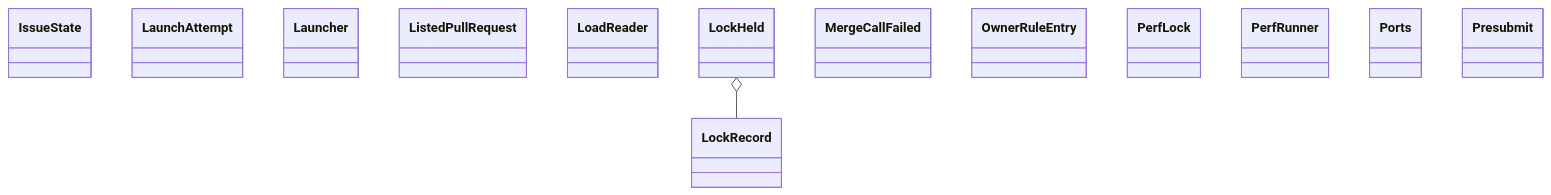
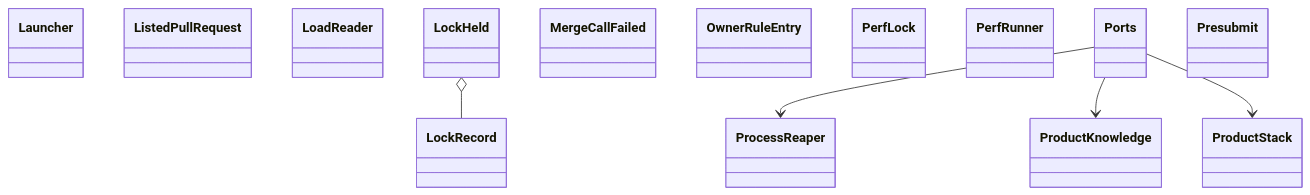
The diagram in docs/architecture/generated/classes-process-application-support-3.md (GonzaloZevallos/agentic-system), drawn with Mermaid before and after one commit. The commit also changed other lines of this file and 6 other files, not shown here.

````diff
--- a/docs/architecture/generated/classes-process-application-support-3.md
+++ b/docs/architecture/generated/classes-process-application-support-3.md
@@ -16,17 +16,21 @@
 ```mermaid
 classDiagram
-    class ports__IssueState["IssueState"]
-    class ports__LaunchAttempt["LaunchAttempt"]
     class ports__Launcher["Launcher"]
     class ports__ListedPullRequest["ListedPullRequest"]
     class ports__LoadReader["LoadReader"]
     class ports__LockHeld["LockHeld"]
     class ports__LockRecord["LockRecord"]
     class ports__MergeCallFailed["MergeCallFailed"]
     class ports__OwnerRuleEntry["OwnerRuleEntry"]
     class ports__PerfLock["PerfLock"]
     class ports__PerfRunner["PerfRunner"]
     class ports__Ports["Ports"]
     class ports__Presubmit["Presubmit"]
+    class ports__ProcessReaper["ProcessReaper"]
+    class ports__ProductKnowledge["ProductKnowledge"]
+    class ports__ProductStack["ProductStack"]
     ports__LockHeld o-- ports__LockRecord
+    ports__Ports --> ports__ProcessReaper
+    ports__Ports --> ports__ProductKnowledge
+    ports__Ports --> ports__ProductStack
 ```
````
